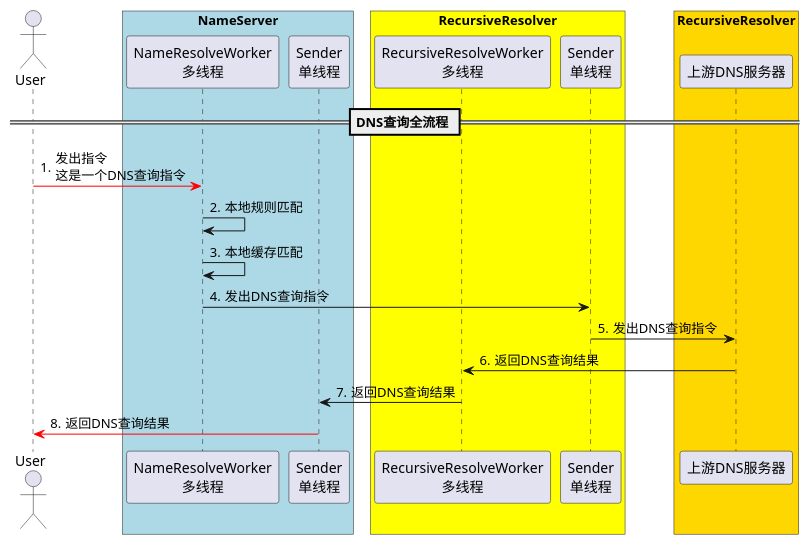
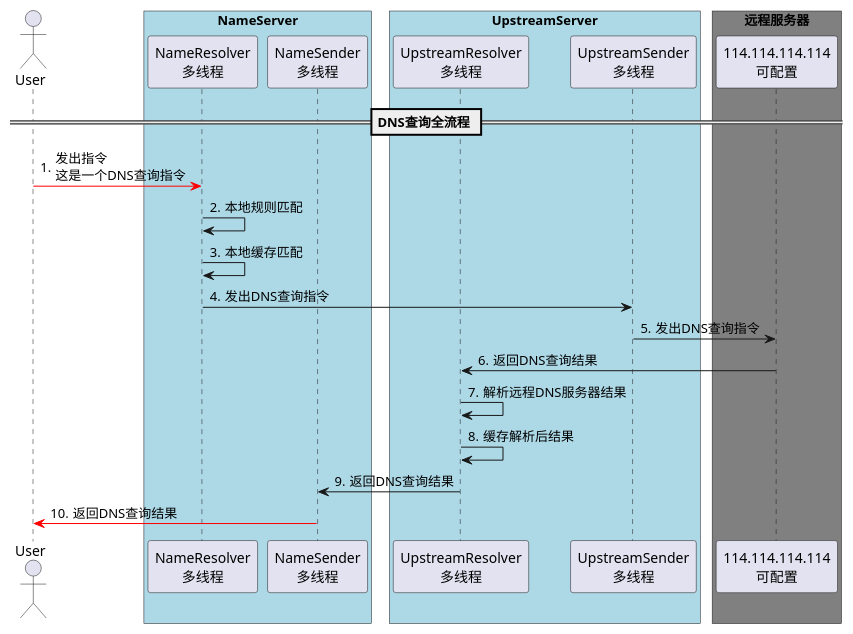
The diagram in doc/query.plantuml (lzc-alioo/lzcdns), drawn with PlantUML before and after one commit. The commit also changed 25 other files, not shown here.

```diff
--- a/doc/query.plantuml
+++ b/doc/query.plantuml
@@ -1,71 +1,68 @@
 @startuml
 autonumber "0."
 
 
 ' 定义角色
 actor User
 
 box "NameServer" #LightBlue
-participant "NameResolveWorker\n多线程" as a1
-participant "Sender\n单线程" as a2
+participant "NameResolver\n多线程" as a1
+participant "NameSender\n多线程" as a2
 end box
 
-box "RecursiveResolver" #YELLOW
-participant "RecursiveResolveWorker\n多线程" as b1
-participant "Sender\n单线程" as b2
+box "UpstreamServer" #LightBlue
+participant "UpstreamResolver\n多线程" as b1
+participant "UpstreamSender\n多线程" as b2
 end box
 
-box "RecursiveResolver" #Gold
-participant "上游DNS服务器" as c
+box "远程服务器" #GREY
+participant "114.114.114.114\n可配置" as c
 end box
 
-'box "Internal Service" #LightBlue
-'participant "微服务B" as b $c1
-'participant "微服务C" as c
-'end box
 
 ' 开始流程
-
 == DNS查询全流程 ==
 User -[#red]>a1: 发出指令\n这是一个DNS查询指令
 'User-[#red]>a1 ++: 发出指令\n这是一个DNS查询指令
 
 a1->a1 : 本地规则匹配
 a1->a1 : 本地缓存匹配
 'a1->b ++ #CDCDCD: 通过上游DNS服务器查询
 a1->b2 : 发出DNS查询指令
 b2->c : 发出DNS查询指令
 c->b1 : 返回DNS查询结果
 
+b1->b1 : 解析远程DNS服务器结果
+b1->b1 : 缓存解析后结果
 b1->a2 : 返回DNS查询结果
 a2-[#red]>User: 返回DNS查询结果
 
 
 '|||
 '|||
 'loop 3次
 'b->c --++: 第二步
 'end
 
 'c->c ++ : 第三步
 
 'alt#Gold #yellow 如果成功，则直接返回
 'c-->>a --
 'else #Pink 失败
 'c->c ++ : 重试一次
 'c-->>a --
 'end
 'deactivate c
 '
 'a-->>User: bye
 
 'group 随便框一下 [哈哈哈]
 'User-->>]: 结束
 'end
 '
 'note left of User #aqua
 '这是一个note
 '欢迎使用时序图
 'end note
 
 @enduml
```
